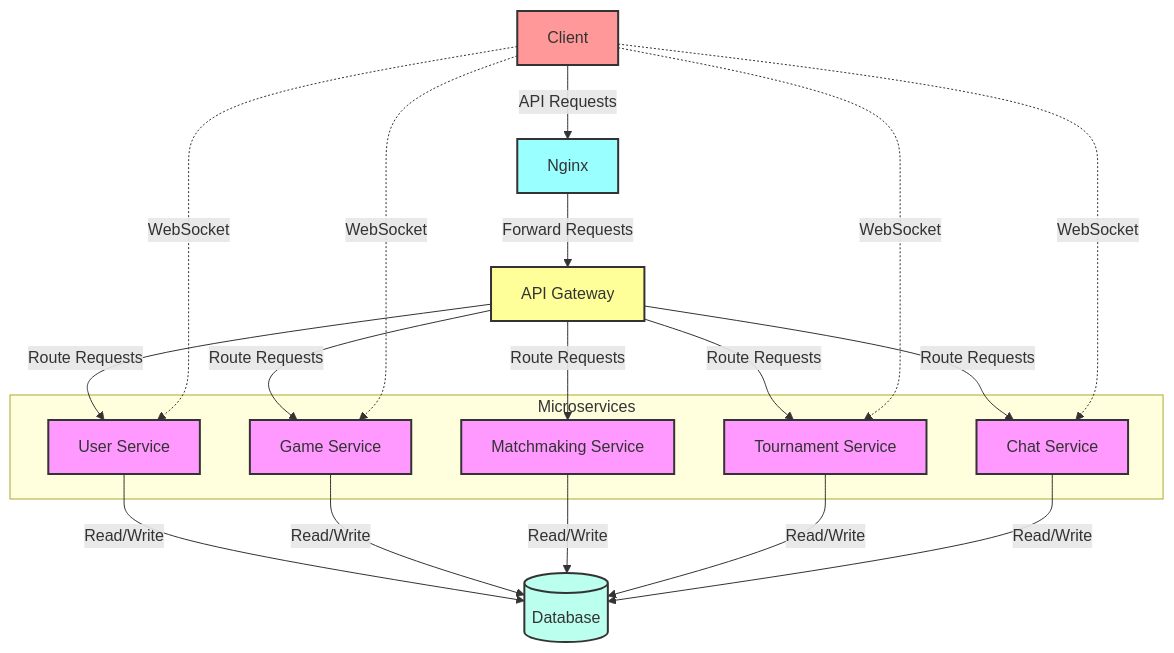
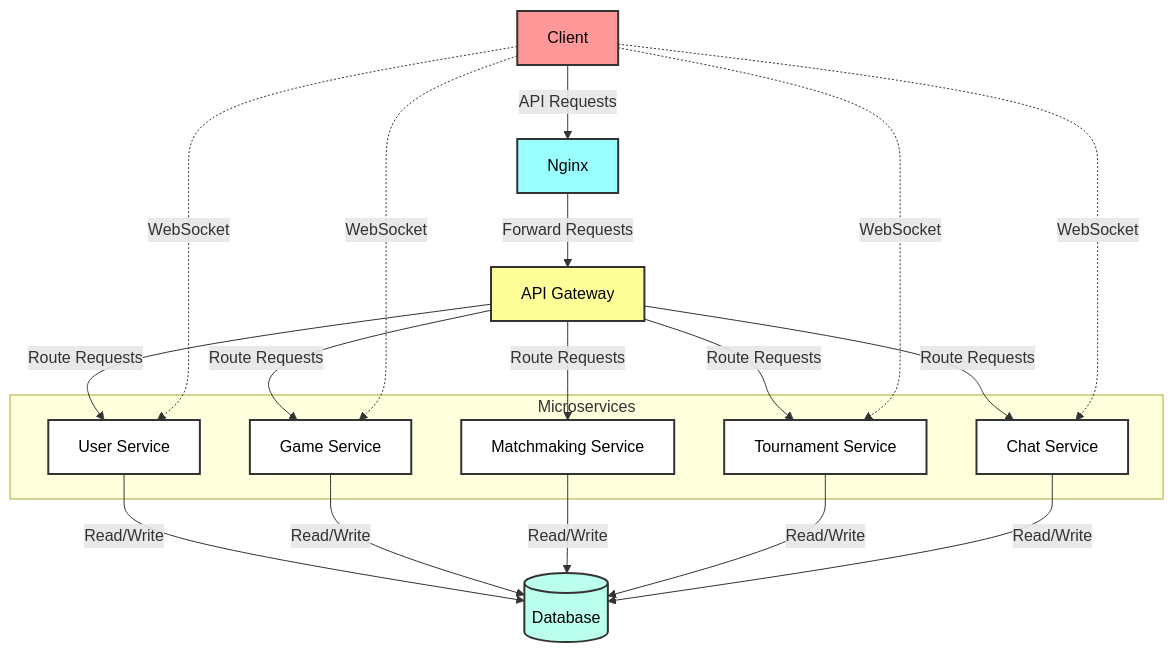
Before and after one commit to Ifmai/ft_transcendence: the diagram in README.MD, drawn with Mermaid. The commit also changed other lines of this file, not shown here.

````diff
--- a/README.MD
+++ b/README.MD
@@ -54,49 +54,49 @@
 ```mermaid
 graph TD
     Client[Client]
     Nginx[Nginx]
     Gateway[API Gateway]
     UserService[User Service]
     GameService[Game Service]
     MatchmakingService[Matchmaking Service]
     TournamentService[Tournament Service]
     ChatService[Chat Service]
     Database[(Database)]
 
     Client -->|API Requests| Nginx
     Nginx -->|Forward Requests| Gateway
     Gateway -->|Route Requests| UserService
     Gateway -->|Route Requests| GameService
     Gateway -->|Route Requests| MatchmakingService
     Gateway -->|Route Requests| TournamentService
     Gateway -->|Route Requests| ChatService
 
     UserService -->|Read/Write| Database
     GameService -->|Read/Write| Database
     MatchmakingService -->|Read/Write| Database
     TournamentService -->|Read/Write| Database
     ChatService -->|Read/Write| Database
 
     Client -.->|WebSocket| UserService
     Client -.->|WebSocket| GameService
     Client -.->|WebSocket| TournamentService
     Client -.->|WebSocket| ChatService
 
     subgraph Microservices
         UserService
         GameService
         MatchmakingService
         TournamentService
         ChatService
     end
 
-    classDef default fill:#f9f,stroke:#333,stroke-width:2px;
-    classDef gateway fill:#ff9,stroke:#333,stroke-width:2px;
-    classDef nginx fill:#9ff,stroke:#333,stroke-width:2px;
-    classDef client fill:#f99,stroke:#333,stroke-width:2px;
-    classDef database fill:#bfe,stroke:#333,stroke-width:2px;
+    classDef default fill:#fff,stroke:#333,stroke-width:2px,color:#000;
+    classDef gateway fill:#ff9,stroke:#333,stroke-width:2px,color:#000;
+    classDef nginx fill:#9ff,stroke:#333,stroke-width:2px,color:#000;
+    classDef client fill:#f99,stroke:#333,stroke-width:2px,color:#000;
+    classDef database fill:#bfe,stroke:#333,stroke-width:2px,color:#000;
     class Gateway gateway;
     class Nginx nginx;
     class Client client;
     class Database database;
 ```
````
